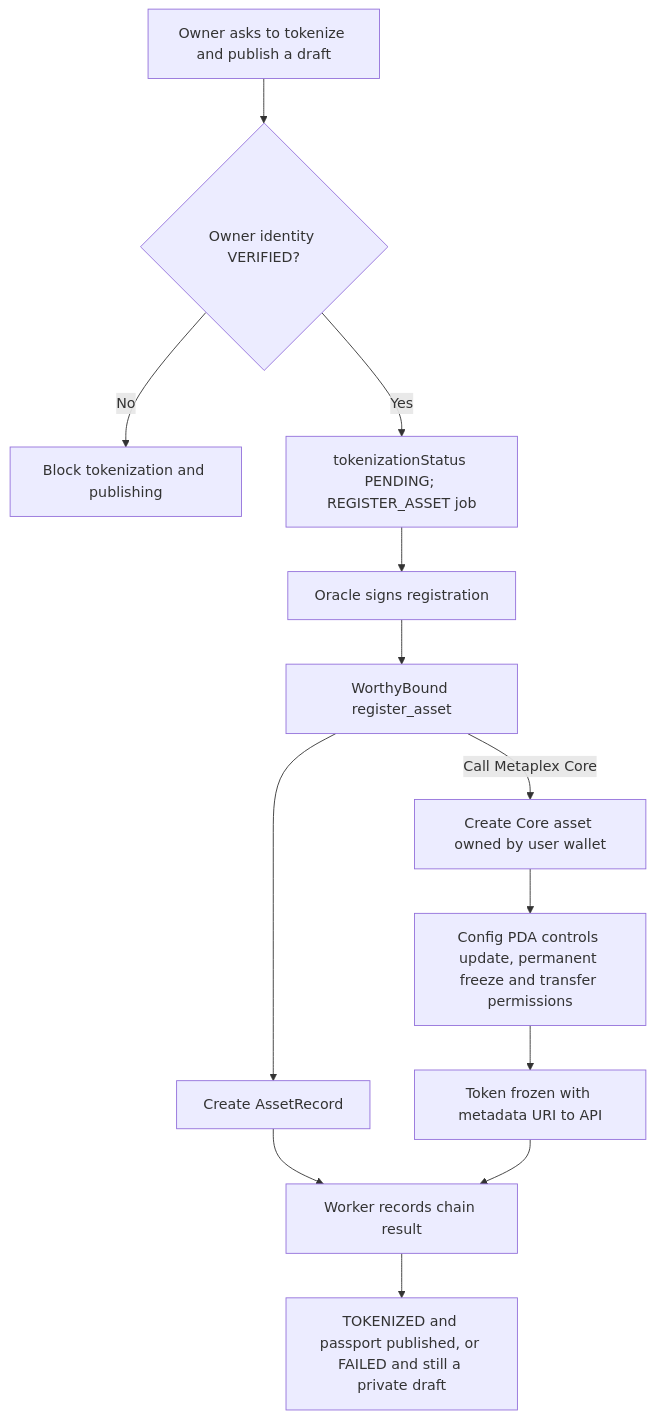
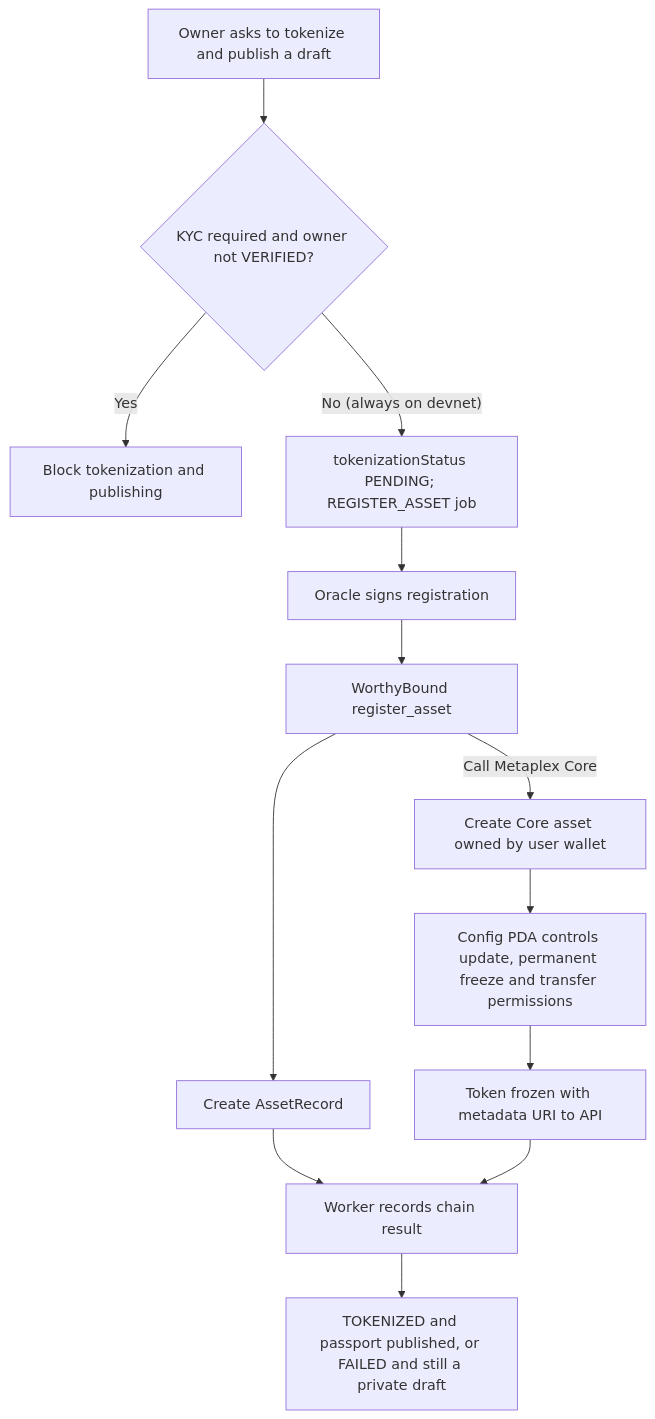
Before and after one commit to BBoy416/WORTHYBOUND: diagram 13 of 35 in docs/architecture.md, drawn with Mermaid. The commit also changed other lines of this file and 25 other files, not shown here.

Commit message:
KYC off on devnet: owners and buyers need no verified identity unless KYC_REQUIRED=true

````diff
--- a/docs/architecture.md
+++ b/docs/architecture.md
@@ -329,15 +329,15 @@
 ```mermaid
 flowchart TD
-Request["Owner asks to tokenize and publish a draft"] --> Identity{"Owner identity VERIFIED?"}
-Identity -->|"No"| Block["Block tokenization and publishing"]
-Identity -->|"Yes"| Queue["tokenizationStatus PENDING; REGISTER_ASSET job"]
+Request["Owner asks to tokenize and publish a draft"] --> Identity{"KYC required and owner not VERIFIED?"}
+Identity -->|"Yes"| Block["Block tokenization and publishing"]
+Identity -->|"No (always on devnet)"| Queue["tokenizationStatus PENDING; REGISTER_ASSET job"]
 Queue --> Oracle["Oracle signs registration"]
 Oracle --> WB["WorthyBound register_asset"]
 WB --> Record["Create AssetRecord"]
 WB -->|"Call Metaplex Core"| Core["Create Core asset owned by user wallet"]
 Core --> Plugins["Config PDA controls update, permanent freeze and transfer permissions"]
 Plugins --> Frozen["Token frozen with metadata URI to API"]
 Record --> Result["Worker records chain result"]
 Frozen --> Result
 Result --> State["TOKENIZED and passport published, or FAILED and still a private draft"]
 ```
````
